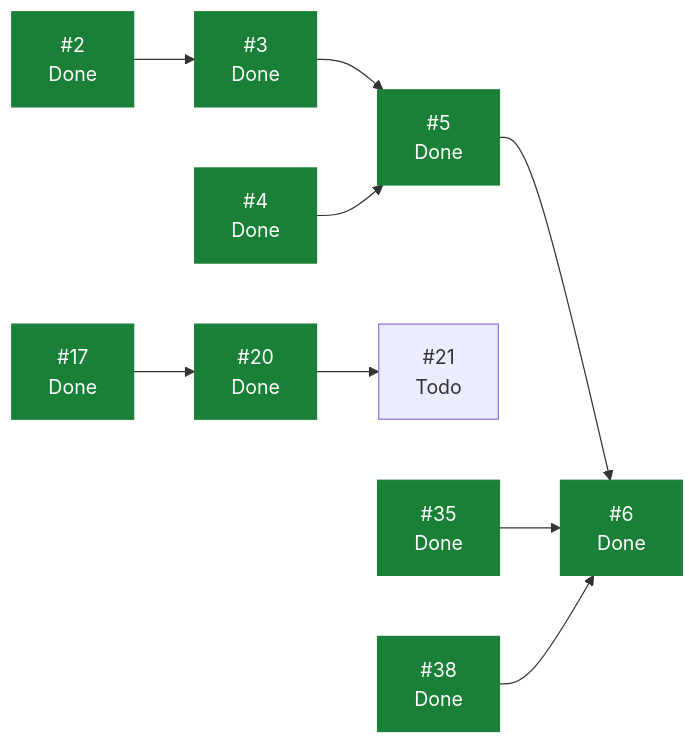
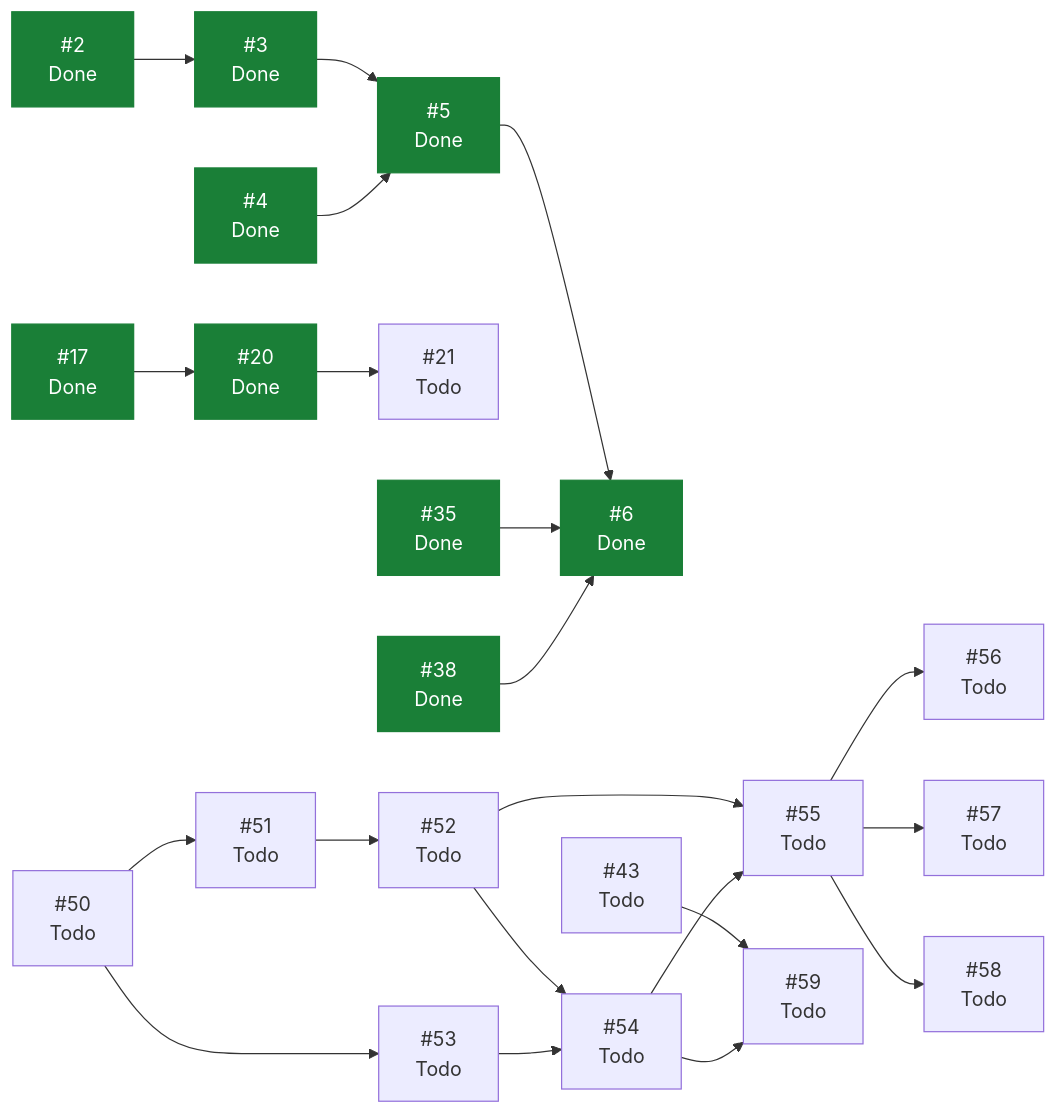
The diagram in docs/planning/STATUS.md (ecamp0s/evault), drawn with Mermaid before and after one commit. The commit also changed other lines of this file and 1 other file, not shown here.

````diff
--- a/docs/planning/STATUS.md
+++ b/docs/planning/STATUS.md
@@ -67,23 +84,46 @@
 ```mermaid
 graph LR
   I2["#2<br/>Done"]
   I3["#3<br/>Done"]
   I4["#4<br/>Done"]
   I5["#5<br/>Done"]
   I6["#6<br/>Done"]
   I17["#17<br/>Done"]
   I20["#20<br/>Done"]
   I21["#21<br/>Todo"]
   I35["#35<br/>Done"]
   I38["#38<br/>Done"]
+  I43["#43<br/>Todo"]
+  I50["#50<br/>Todo"]
+  I51["#51<br/>Todo"]
+  I52["#52<br/>Todo"]
+  I53["#53<br/>Todo"]
+  I54["#54<br/>Todo"]
+  I55["#55<br/>Todo"]
+  I56["#56<br/>Todo"]
+  I57["#57<br/>Todo"]
+  I58["#58<br/>Todo"]
+  I59["#59<br/>Todo"]
   I2 --> I3
   I3 --> I5
   I4 --> I5
   I5 --> I6
   I17 --> I20
   I20 --> I21
   I35 --> I6
   I38 --> I6
+  I43 --> I59
+  I50 --> I51
+  I50 --> I53
+  I51 --> I52
+  I52 --> I54
+  I52 --> I55
+  I53 --> I54
+  I54 --> I55
+  I54 --> I59
+  I55 --> I56
+  I55 --> I57
+  I55 --> I58
   classDef hecho fill:#1a7f37,stroke:#1a7f37,color:#fff;
   class I2,I3,I4,I5,I6,I17,I20,I35,I38 hecho;
 ```
````
